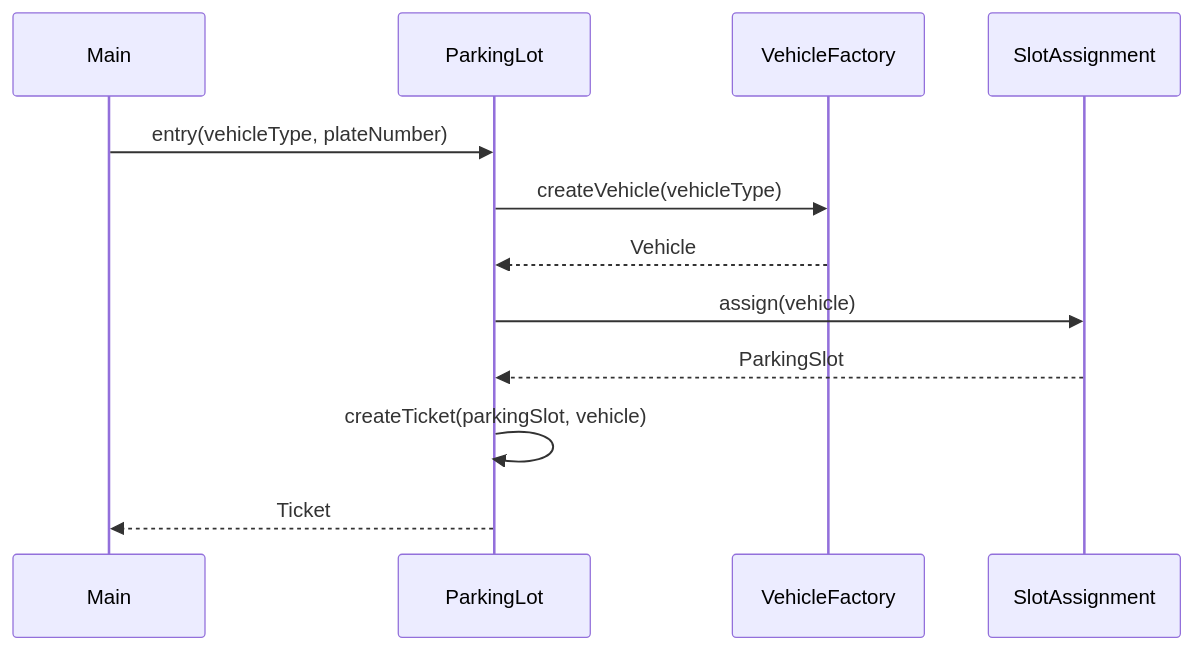
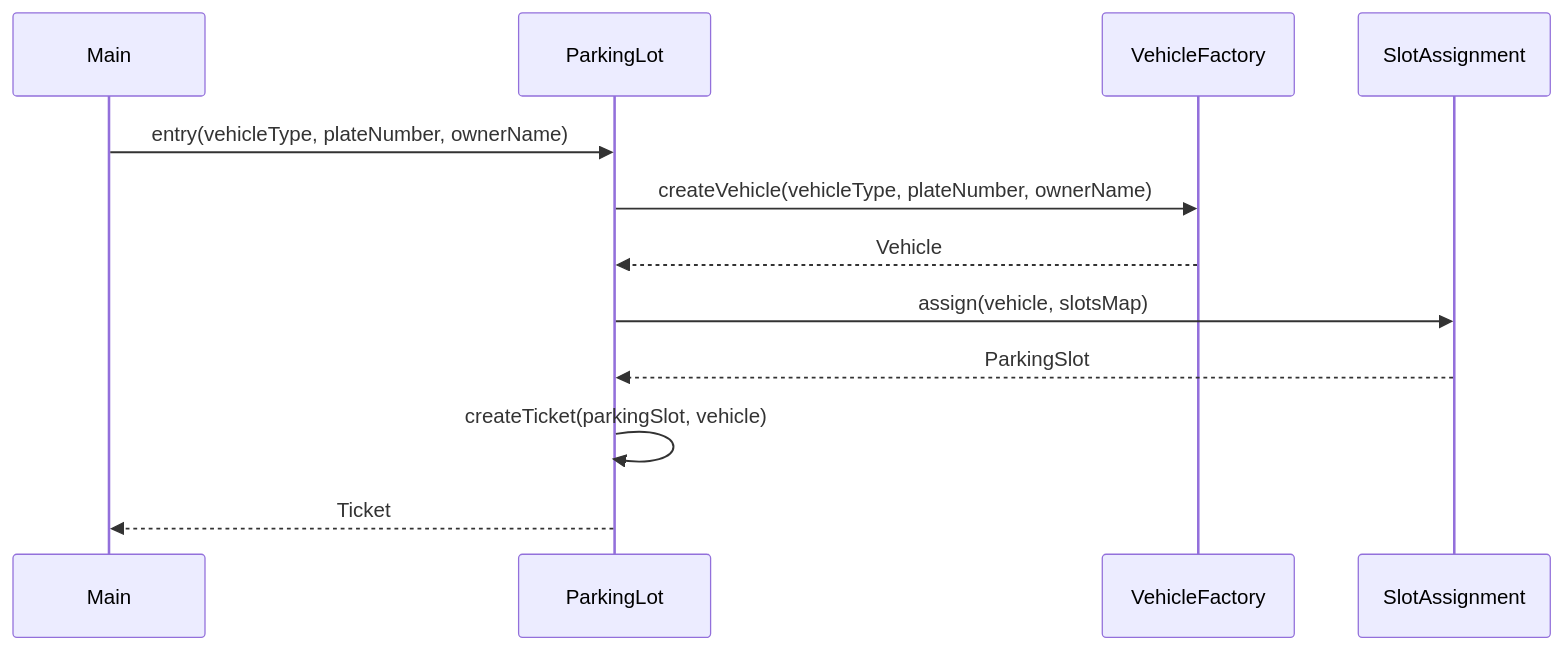
Before and after one commit to Anuj-Gupta79/lld-mastery: the second of 3 diagrams in src/main/java/com/lld/problems/parkinglot/notes/parkinglot-notes.md, drawn with Mermaid. The commit also changed other lines of this file and 24 other files, not shown here.

Commit message:
Design Problems: ParkingLot has been completed

````diff
--- a/src/main/java/com/lld/problems/parkinglot/notes/parkinglot-notes.md
+++ b/src/main/java/com/lld/problems/parkinglot/notes/parkinglot-notes.md
@@ -182,15 +192,15 @@
 ```mermaid
 sequenceDiagram
     participant Main
     participant ParkingLot
     participant VehicleFactory
     participant SlotAssignment
 
-    Main->>ParkingLot: entry(vehicleType, plateNumber)
-    ParkingLot->>VehicleFactory: createVehicle(vehicleType)
+    Main->>ParkingLot: entry(vehicleType, plateNumber, ownerName)
+    ParkingLot->>VehicleFactory: createVehicle(vehicleType, plateNumber, ownerName)
     VehicleFactory-->>ParkingLot: Vehicle
-    ParkingLot->>SlotAssignment: assign(vehicle)
+    ParkingLot->>SlotAssignment: assign(vehicle, slotsMap)
     SlotAssignment-->>ParkingLot: ParkingSlot
     ParkingLot->>ParkingLot: createTicket(parkingSlot, vehicle)
     ParkingLot-->>Main: Ticket
 ```
````
